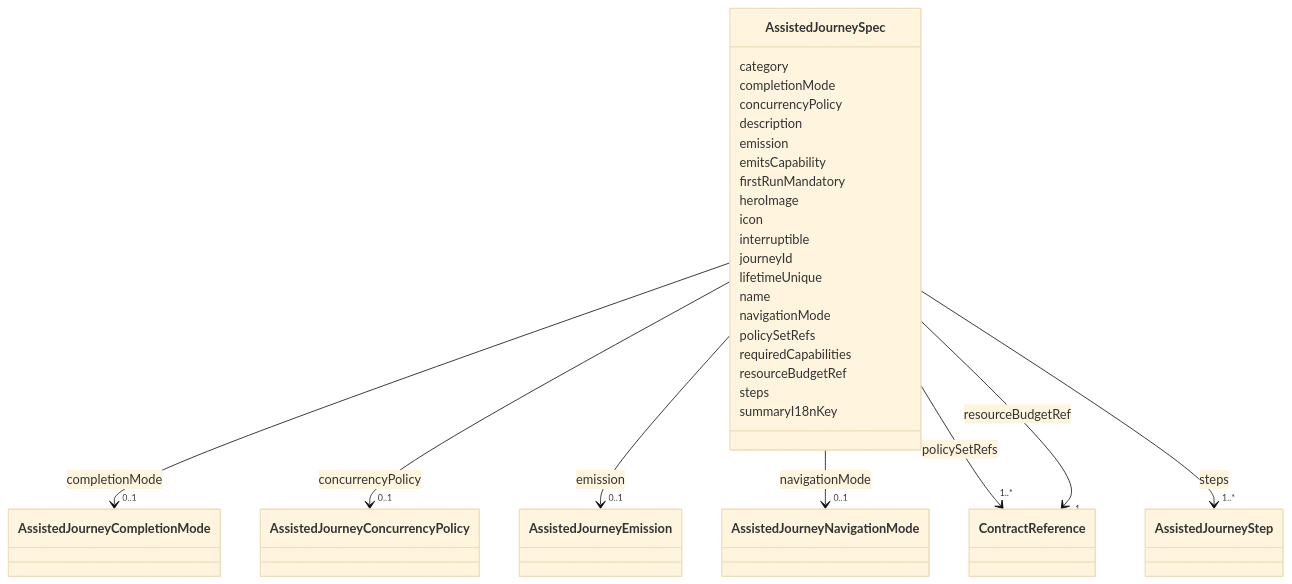
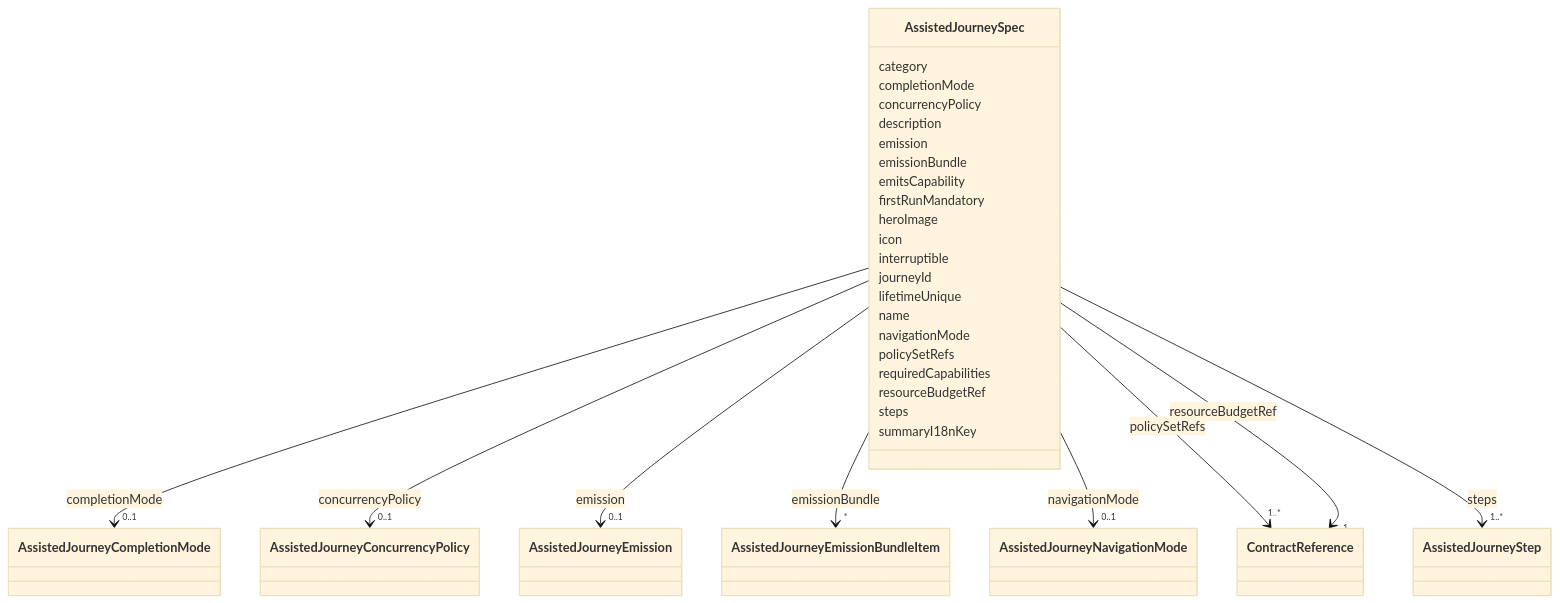
Before and after one commit to open4good/jumo-core: the diagram in metamodel/generated/docs/AssistedJourneySpec.md, drawn with Mermaid (base theme). The commit also changed other lines of this file and 30 other files, not shown here.

First line of the commit message:
feat(metamodel,policy,jumo-model): additive AssistedJourney emission bundle (AC1-AC5)

```diff
--- a/metamodel/generated/docs/AssistedJourneySpec.md
+++ b/metamodel/generated/docs/AssistedJourneySpec.md
@@ -53,6 +53,17 @@
 
         AssistedJourneySpec --> "0..1" AssistedJourneyEmission : emission
         click AssistedJourneyEmission href "../AssistedJourneyEmission/"
+
+
+
+      AssistedJourneySpec : emissionBundle
+
+
+
+
+
+        AssistedJourneySpec --> "*" AssistedJourneyEmissionBundleItem : emissionBundle
+        click AssistedJourneyEmissionBundleItem href "../AssistedJourneyEmissionBundleItem/"
 
 
 
```
